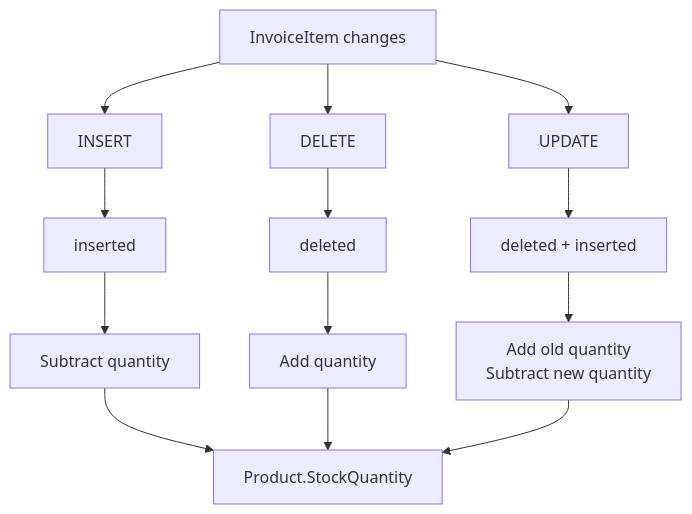
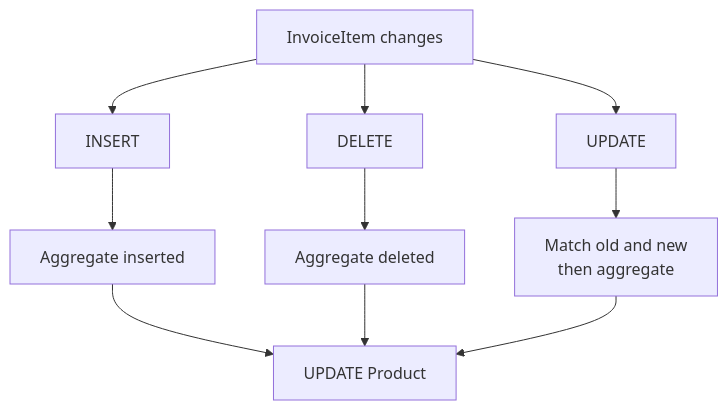
Diagram 22 of 25 in labs/lab02-triggers.md (tjovic/database-design-labs-public), drawn with Mermaid before and after one commit. The commit also changed other lines of this file, not shown here.

````diff
--- a/labs/lab02-triggers.md
+++ b/labs/lab02-triggers.md
@@ -2124,20 +2185,16 @@
 ```mermaid
 flowchart TD
     A["InvoiceItem changes"]
 
     A --> B["INSERT"]
     A --> C["DELETE"]
     A --> D["UPDATE"]
 
-    B --> E["inserted"]
-    C --> F["deleted"]
-    D --> G["deleted + inserted"]
+    B --> E["Aggregate inserted"]
+    C --> F["Aggregate deleted"]
+    D --> G["Match old and new<br/>then aggregate"]
 
-    E --> H["Subtract quantity"]
-    F --> I["Add quantity"]
-    G --> J["Add old quantity<br/>Subtract new quantity"]
-
-    H --> K["Product.StockQuantity"]
-    I --> K
-    J --> K
+    E --> H["UPDATE Product"]
+    F --> H
+    G --> H
 ```
````
